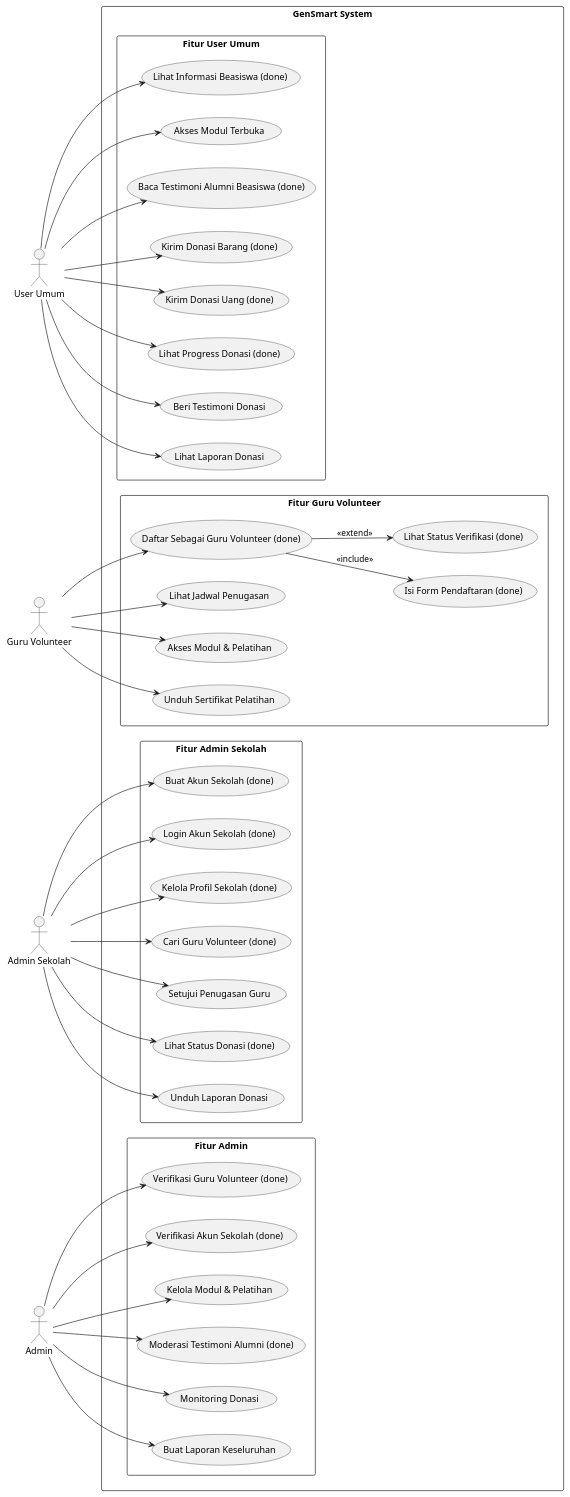
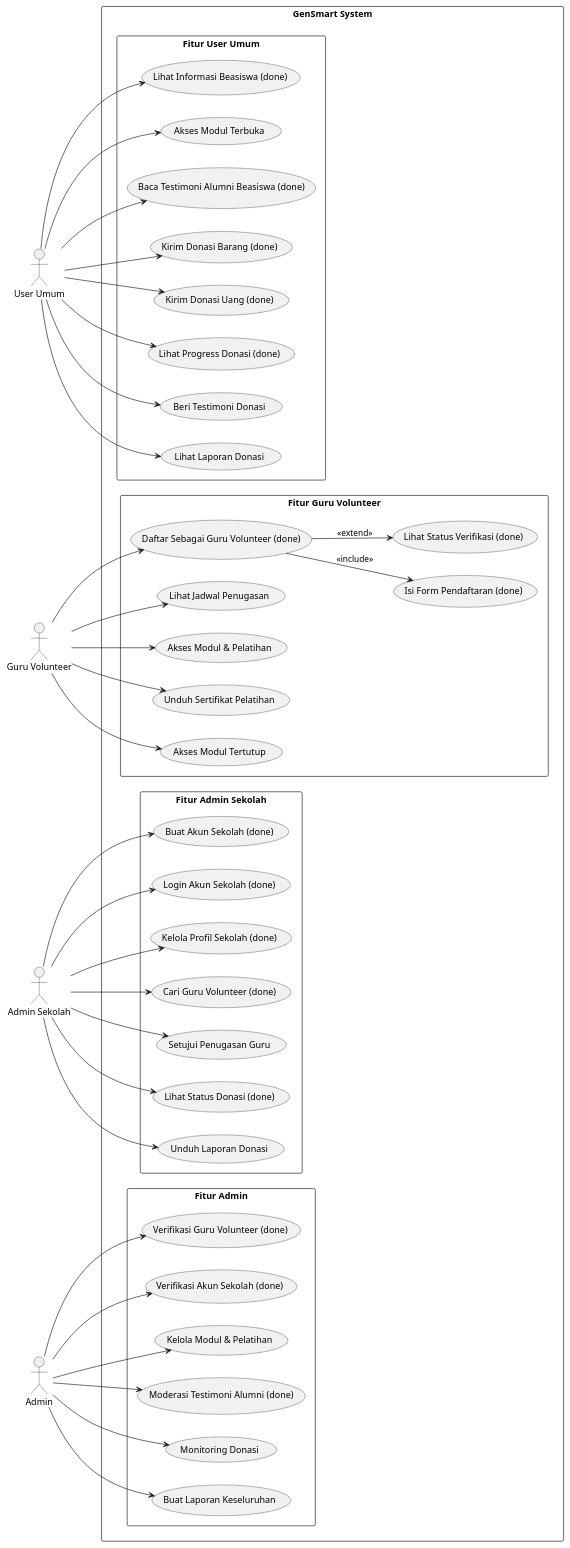
Before and after one commit to wirawanmahardika/gensmart-backend: the diagram in docs/usecase.pu, drawn with PlantUML. The commit also changed 7 other files, not shown here.

```diff
--- a/docs/usecase.pu
+++ b/docs/usecase.pu
@@ -1,87 +1,89 @@
 @startuml "GenSmart System"
 left to right direction
 skinparam packageStyle rectangle
 
 actor "User Umum" as User
 actor "Guru Volunteer" as Volunteer
 actor "Admin Sekolah" as SchoolAdmin
 actor "Admin" as Admin
 
 rectangle "GenSmart System" {
 
   package "Fitur User Umum" {
     usecase UC1 as "Lihat Informasi Beasiswa (done)"
     usecase UC2 as "Akses Modul Terbuka"
     usecase UC3 as "Baca Testimoni Alumni Beasiswa (done)"
     usecase UC10 as "Kirim Donasi Barang (done)"
     usecase UC11 as "Kirim Donasi Uang (done)"
     usecase UC12 as "Lihat Progress Donasi (done)"
     usecase UC13 as "Beri Testimoni Donasi"
     usecase UC14 as "Lihat Laporan Donasi"
   }
 
   package "Fitur Guru Volunteer" {
     usecase UC4 as "Daftar Sebagai Guru Volunteer (done)"
     usecase UC5 as "Isi Form Pendaftaran (done)"
     usecase UC6 as "Lihat Status Verifikasi (done)"
     usecase UC7 as "Lihat Jadwal Penugasan"
     usecase UC8 as "Akses Modul & Pelatihan"
     usecase UC9 as "Unduh Sertifikat Pelatihan"
+    usecase UC28 as "Akses Modul Tertutup"
   }
 
   package "Fitur Admin Sekolah" {
     usecase UC15 as "Buat Akun Sekolah (done)"
     usecase UC16 as "Login Akun Sekolah (done)"
     usecase UC17 as "Kelola Profil Sekolah (done)"
     usecase UC18 as "Cari Guru Volunteer (done)"
     usecase UC19 as "Setujui Penugasan Guru"
     usecase UC20 as "Lihat Status Donasi (done)"
     usecase UC21 as "Unduh Laporan Donasi"
   }
 
   package "Fitur Admin" {
     usecase UC22 as "Verifikasi Guru Volunteer (done)"
     usecase UC23 as "Verifikasi Akun Sekolah (done)"
     usecase UC24 as "Kelola Modul & Pelatihan"
     usecase UC25 as "Moderasi Testimoni Alumni (done)"
     usecase UC26 as "Monitoring Donasi"
     usecase UC27 as "Buat Laporan Keseluruhan"
   }
 }
 
 '--- Relasi User Umum ---
 User --> UC1
 User --> UC2
 User --> UC3
 User --> UC10
 User --> UC11
 User --> UC12
 User --> UC13
 User --> UC14
 
 '--- Relasi Guru Volunteer ---
 Volunteer --> UC4
 UC4 --> UC5 : <<include>>
 UC4 --> UC6 : <<extend>>
 Volunteer --> UC7
 Volunteer --> UC8
 Volunteer --> UC9
+Volunteer --> UC28
 
 '--- Relasi Admin Sekolah ---
 SchoolAdmin --> UC15
 SchoolAdmin --> UC16
 SchoolAdmin --> UC17
 SchoolAdmin --> UC18
 SchoolAdmin --> UC19
 SchoolAdmin --> UC20
 SchoolAdmin --> UC21
 
 '--- Relasi Admin ---
 Admin --> UC22
 Admin --> UC23
 Admin --> UC24
 Admin --> UC25
 Admin --> UC26
 Admin --> UC27
 
 @enduml
```
